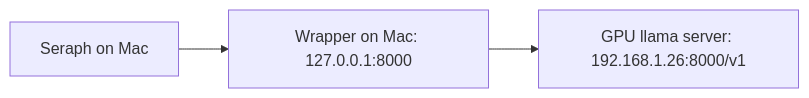
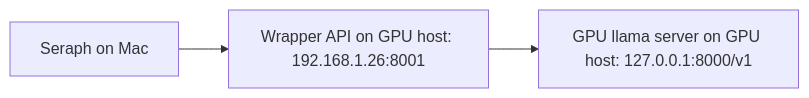
The second of 2 diagrams in README.md (seraph-quest/vlm-screenshot-server), drawn with Mermaid before and after one commit. The commit also changed other lines of this file and 5 other files, not shown here.

````diff
--- a/README.md
+++ b/README.md
@@ -26,5 +28,5 @@
 ```mermaid
 flowchart LR
-  A["Seraph on Mac"] --> B["Wrapper on Mac: 127.0.0.1:8000"]
-  B --> C["GPU llama server: 192.168.1.26:8000/v1"]
+  A["Seraph on Mac"] --> B["Wrapper API on GPU host: 192.168.1.26:8001"]
+  B --> C["GPU llama server on GPU host: 127.0.0.1:8000/v1"]
 ```
````
